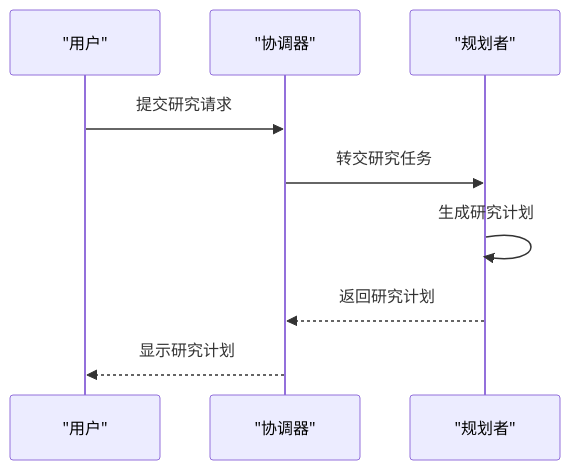
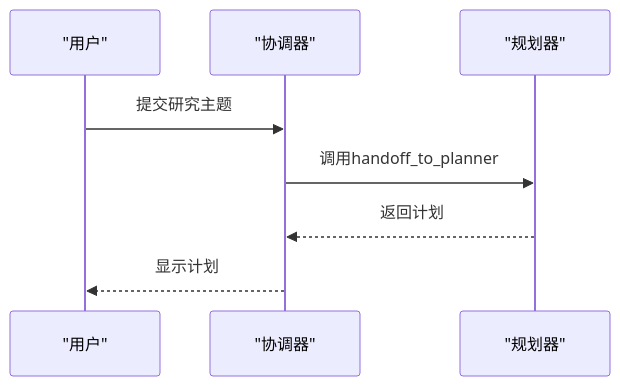
Before and after one commit to zhangler1/deer-flow: the fourth of 11 diagrams in .qoder/repowiki/zh/content/系统概述.md, drawn with Mermaid. The commit also changed other lines of this file and 61 other files, not shown here.

````diff
--- a/.qoder/repowiki/zh/content/系统概述.md
+++ b/.qoder/repowiki/zh/content/系统概述.md
@@ -123,11 +127,10 @@
 ```mermaid
 sequenceDiagram
 participant User as "用户"
 participant Coordinator as "协调器"
-participant Planner as "规划者"
-User->>Coordinator : 提交研究请求
-Coordinator->>Planner : 转交研究任务
-Planner->>Planner : 生成研究计划
-Planner-->>Coordinator : 返回研究计划
-Coordinator-->>User : 显示研究计划
+participant Planner as "规划器"
+User->>Coordinator : 提交研究主题
+Coordinator->>Planner : 调用handoff_to_planner
+Planner-->>Coordinator : 返回计划
+Coordinator-->>User : 显示计划
 ```
````
